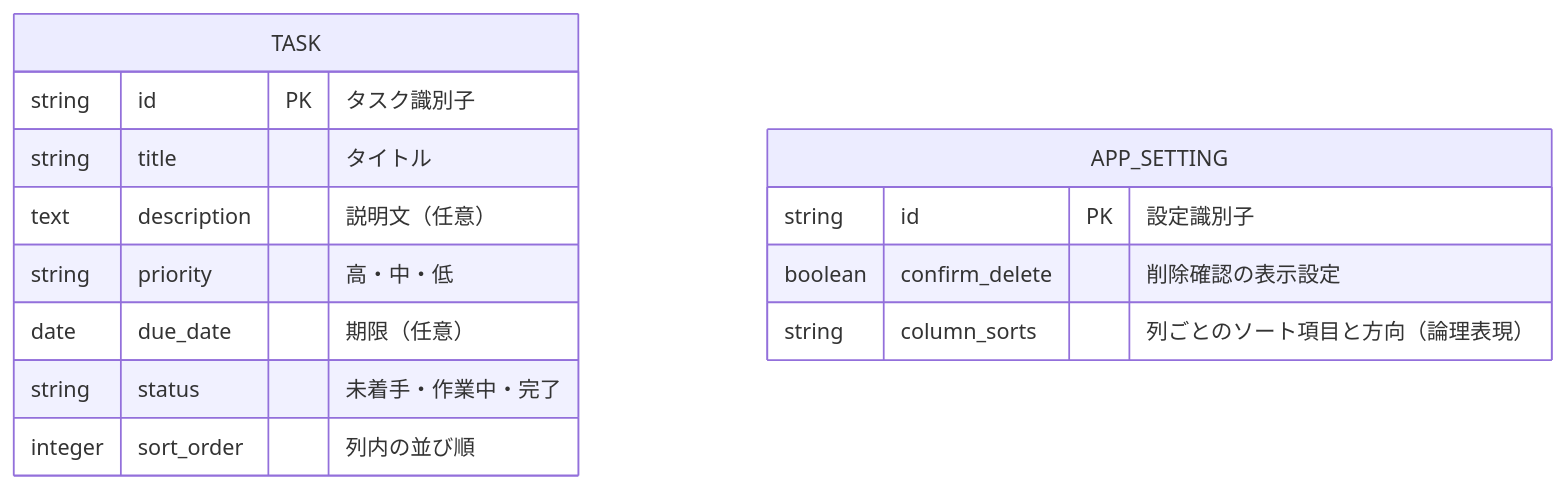
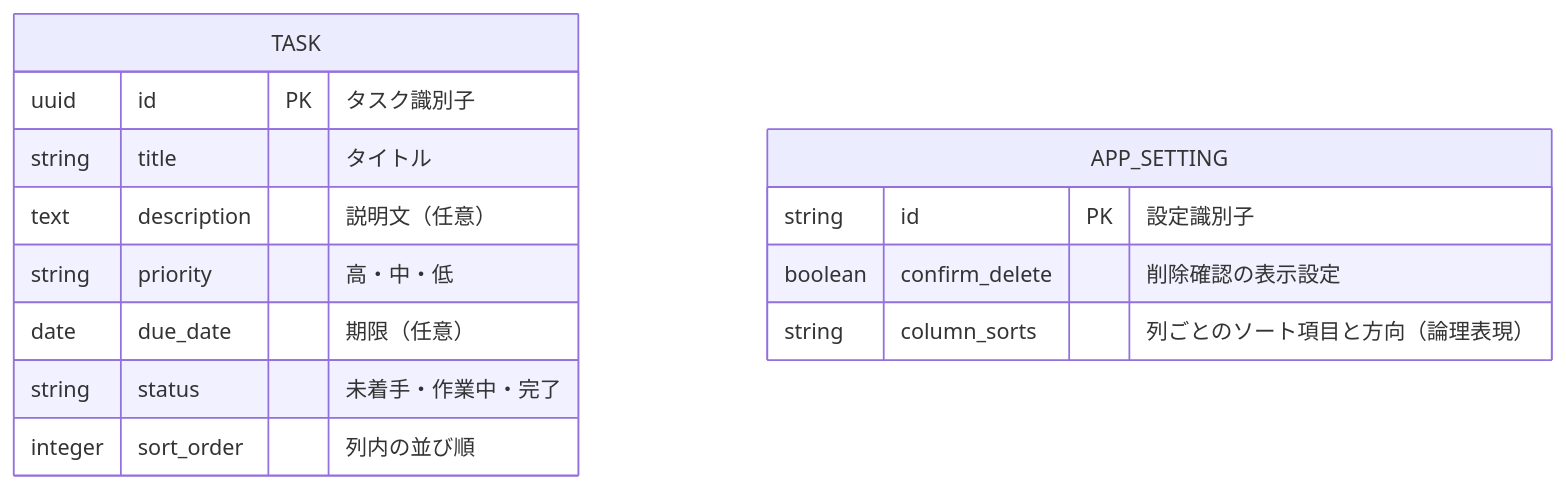
Before and after one commit to kouichiiwaoka/RaiseTech_TaskManager: the diagram in データベース設計書.md, drawn with Mermaid. The commit also changed other lines of this file and 12 other files, not shown here.

````diff
--- a/データベース設計書.md
+++ b/データベース設計書.md
@@ -31,17 +35,17 @@
 ```mermaid
 erDiagram
     TASK {
-        string id PK "タスク識別子"
+        uuid id PK "タスク識別子"
         string title "タイトル"
         text description "説明文（任意）"
         string priority "高・中・低"
         date due_date "期限（任意）"
         string status "未着手・作業中・完了"
         integer sort_order "列内の並び順"
     }
     APP_SETTING {
         string id PK "設定識別子"
         boolean confirm_delete "削除確認の表示設定"
         string column_sorts "列ごとのソート項目と方向（論理表現）"
     }
 ```
````
